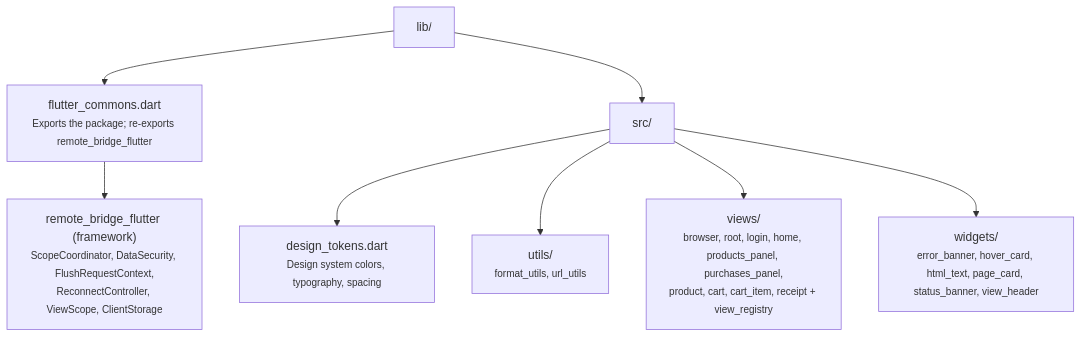
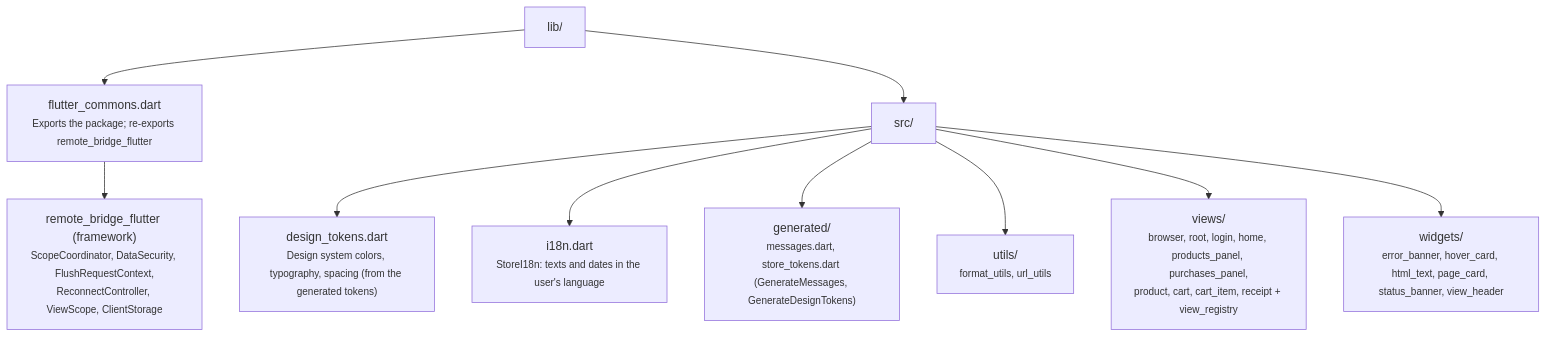
The diagram in fontes/br.com.wdc.store/br.com.wdc.store.view.remote/remote.shell.flutter/flutter.commons/README.md (mrcdom/wdc-cube-java-v2), drawn with Mermaid before and after one commit. The commit also changed 28 other files, not shown here.

````diff
--- a/fontes/br.com.wdc.store/br.com.wdc.store.view.remote/remote.shell.flutter/flutter.commons/README.md
+++ b/fontes/br.com.wdc.store/br.com.wdc.store.view.remote/remote.shell.flutter/flutter.commons/README.md
@@ -9,19 +9,23 @@
 ```mermaid
 graph TD
     lib["lib/"]
     entry["flutter_commons.dart<br/><small>Exports the package; re-exports remote_bridge_flutter</small>"]
     src["src/"]
-    dt["design_tokens.dart<br/><small>Design system colors, typography, spacing</small>"]
+    dt["design_tokens.dart<br/><small>Design system colors, typography, spacing (from the generated tokens)</small>"]
+    i18n["i18n.dart<br/><small>StoreI18n: texts and dates in the user's language</small>"]
+    gen["generated/<br/><small>messages.dart, store_tokens.dart (GenerateMessages, GenerateDesignTokens)</small>"]
     utils["utils/<br/><small>format_utils, url_utils</small>"]
     views["views/<br/><small>browser, root, login, home, products_panel, purchases_panel,<br/>product, cart, cart_item, receipt + view_registry</small>"]
     widgets["widgets/<br/><small>error_banner, hover_card, html_text, page_card, status_banner, view_header</small>"]
     bridge["remote_bridge_flutter (framework)<br/><small>ScopeCoordinator, DataSecurity, FlushRequestContext,<br/>ReconnectController, ViewScope, ClientStorage</small>"]
 
     lib --> entry
     lib --> src
     src --> dt
+    src --> i18n
+    src --> gen
     src --> utils
     src --> views
     src --> widgets
     entry --> bridge
 ```
````
